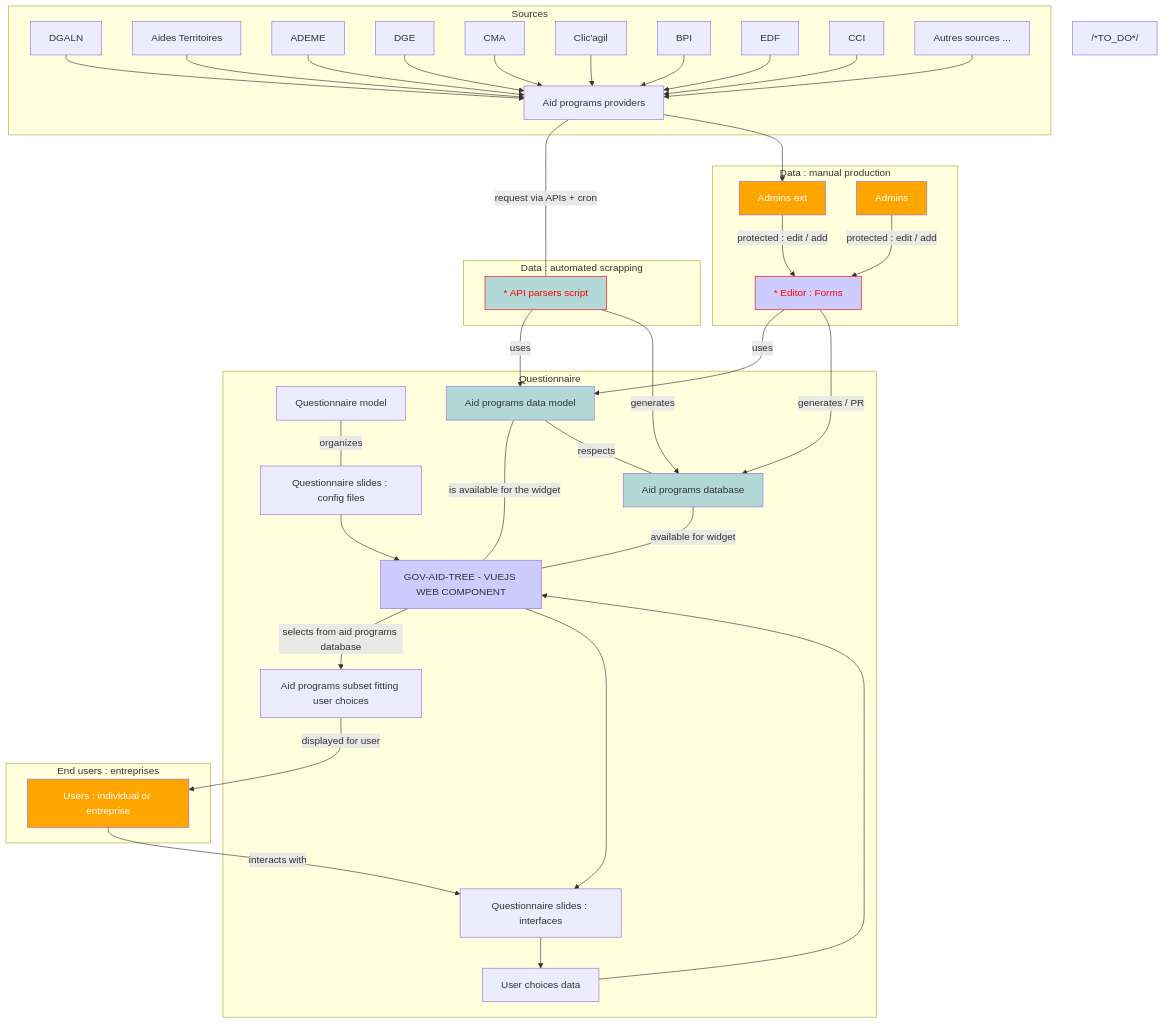
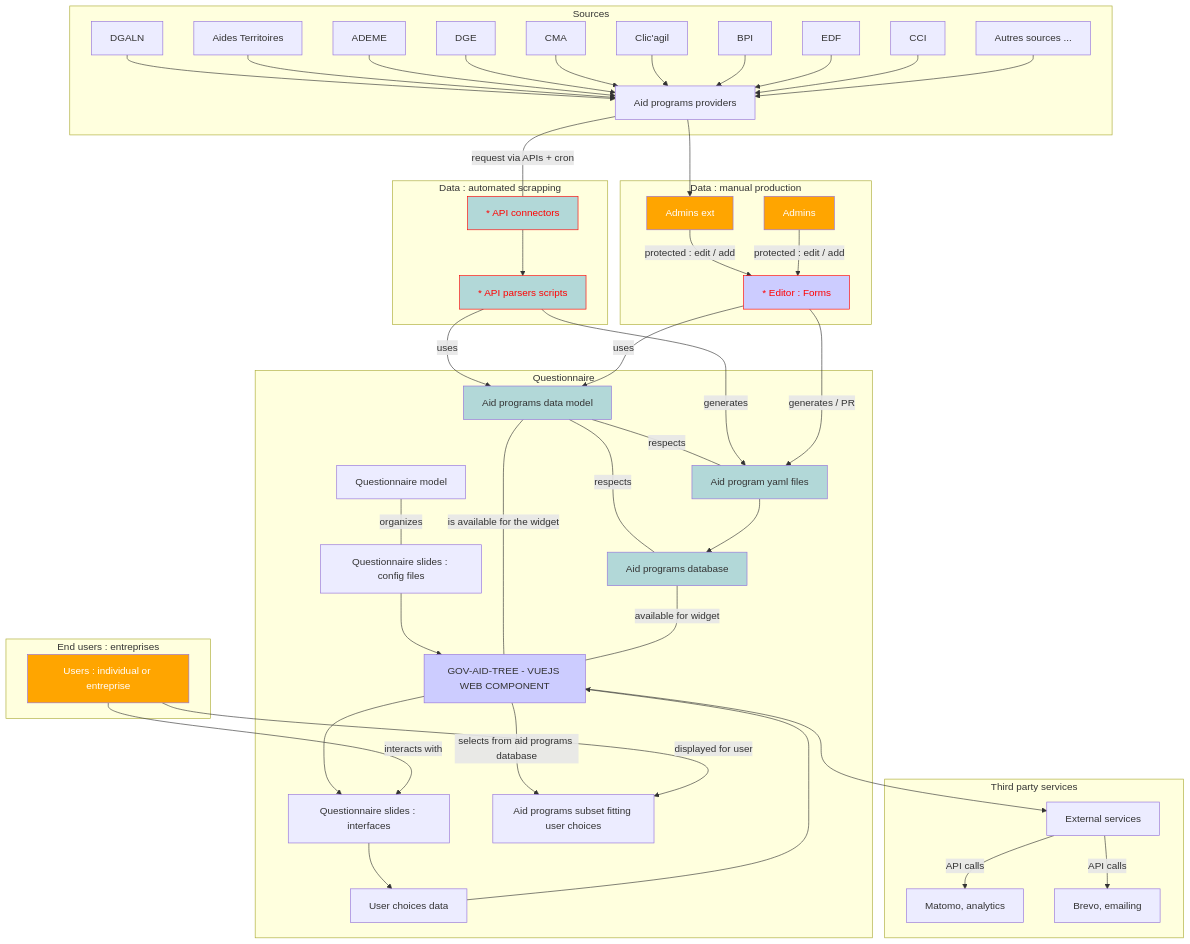
One commit to betagouv/mission-transition-ecologique changed the first of 2 diagrams in README.md. Above: the diagram before and after it, drawn with Mermaid. The commit also changed other lines of this file and 4 other files, not shown here.

````diff
--- a/README.md
+++ b/README.md
@@ -91,4 +91,4 @@
-```mermaid 
+```mermaid
 graph TD;
     
     subgraph "Questionnaire"
@@ -99,23 +99,27 @@
     widget -- selects from aid programs database --> results[Aid programs subset fitting user choices];
     widget --> questions;
     choices --> widget;
-    datasets -- available for widget --- widget;
+    datasets[Aid programs database] -- available for widget --- widget;
+    datamodel -- respects --- datafiles;
     datamodel -- respects --- datasets;
+    datafiles[Aid program yaml files] --> datasets;
     end
     
     
     subgraph "Data : automated scrapping"
-    parser[* API parsers script] -- uses --> datamodel;
-    parser -- generates --> datasets[Aid programs database];
+    connectors[* API connectors] --> parser;
+    parser[* API parsers scripts] -- uses --> datamodel;
+    parser -- generates --> datafiles;
+    %% parser -- generates --> datasets;
     end
 
     subgraph "Data : manual production"
     adminsExt[Admins ext] -- protected : edit / add --> editor;
     admins[Admins] -- protected : edit / add --> editor;
     editor[* Editor : Forms] -- uses --> datamodel;
-    editor -- generates / PR --> datasets[Aid programs database];
+    editor -- generates / PR --> datafiles;
     end
-    
+
     
     subgraph "Sources"
     dgaln[DGALN] --> sources
@@ -128,21 +132,31 @@
     edf[EDF] --> sources
     cci[CCI] --> sources
     other[Autres sources ...] --> sources
-    sources[Aid programs providers] -- request via APIs + cron --- parser;
+    sources[Aid programs providers] -- request via APIs + cron --- connectors;
     end 
 
     sources --> adminsExt
     
     subgraph "End users : entreprises"
-    results -- displayed for user --> user[Users : individual or entreprise];
-    user -- interacts with --> questions;
+    user[Users : individual or entreprise];
+    user -- displayed for user --> results;
+    user -- interacts with --> questions ;
     end
-
+    
+    subgraph "Third party services"
+    services[External services]
+    widget --> services
+    services -- API calls --> Matomo[Matomo, analytics]
+    services -- API calls --> Brevo[Brevo, emailing]
+    end
+    
     %% STYLES APPS
     style widget fill:#ccccff
     style editor fill:#ccccff
     
     %% STYLES DATA
+    style connectors fill:#b2d8d8
+    style datafiles fill:#b2d8d8
     style datasets fill:#b2d8d8
     style datamodel fill:#b2d8d8
     style parser fill:#b2d8d8
@@ -155,9 +169,11 @@
     style user fill:orange
     style user color:white
     
-    /*TO_DO*/
+    %% TO_DO
     style editor color:red
     style editor stroke:red
+    style connectors stroke:red
+    style connectors color:red
     style parser stroke:red
     style parser color:red
 ```
````
